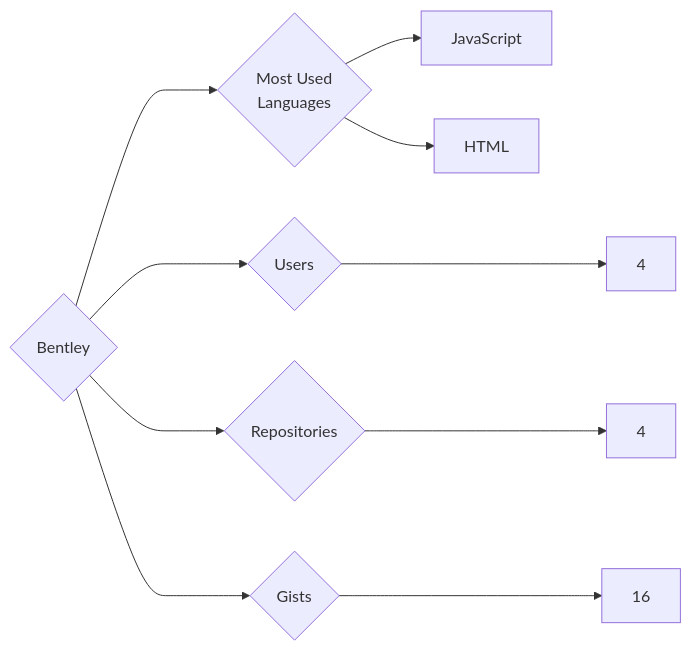
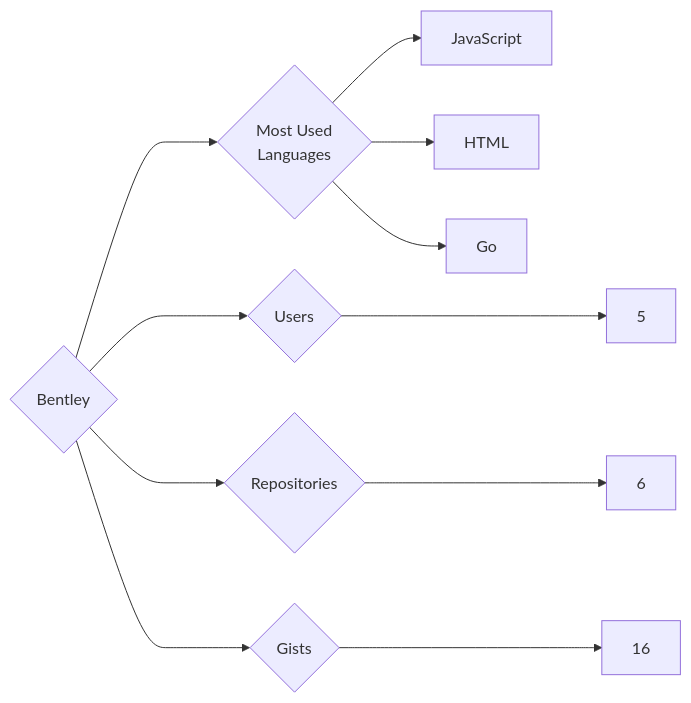
The diagram in targets/Bentley/README.md (trickest/insiders), drawn with Mermaid before and after one commit. The commit also changed 815 other files, not shown here.

````diff
--- a/targets/Bentley/README.md
+++ b/targets/Bentley/README.md
@@ -3,10 +3,11 @@
 ```mermaid
 graph LR
 COMPANY_NAME{Bentley}
-COMPANY_NAME ---> U{Users} ---> UN[4]
-COMPANY_NAME ---> R{Repositories} ---> RN[4]
+COMPANY_NAME ---> U{Users} ---> UN[5]
+COMPANY_NAME ---> R{Repositories} ---> RN[6]
 COMPANY_NAME ---> G{Gists} ---> GN[16]
 COMPANY_NAME ---> ML{Most Used<br>Languages}
 ML --> JavaScript[JavaScript]
 ML --> HTML[HTML]
+ML --> Go[Go]
 ```
````
